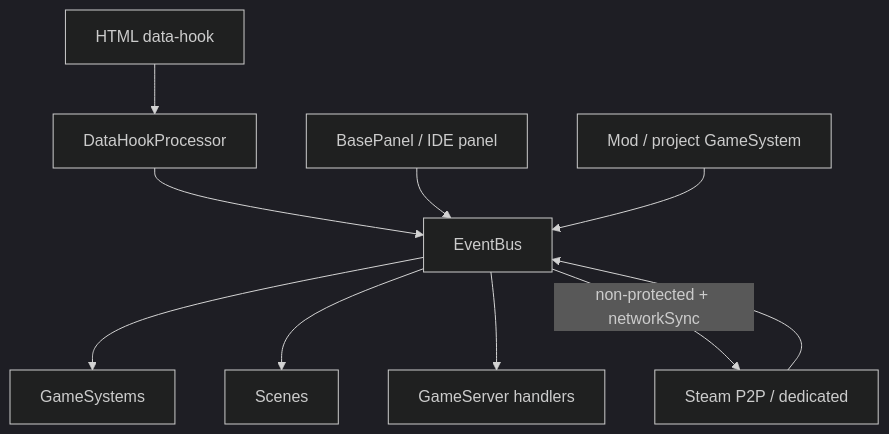
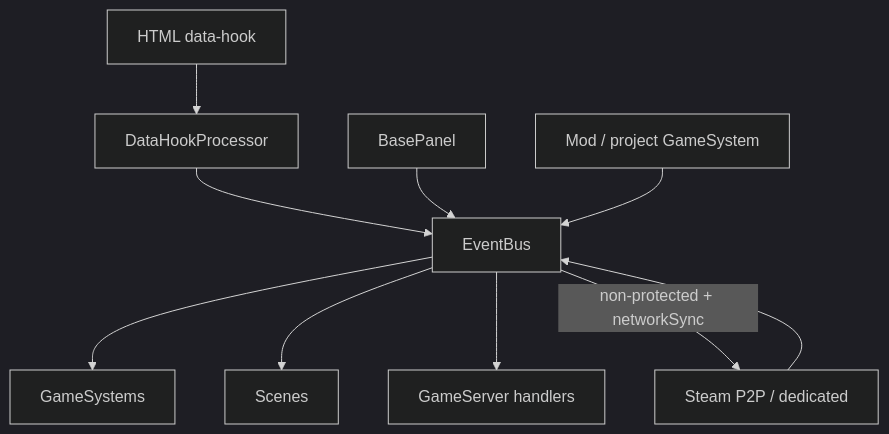
Before and after one commit to ireakhavok/Castle: the seventh of 8 diagrams in docs/ARCHITECTURE.md, drawn with Mermaid. The commit also changed other lines of this file and 6 other files, not shown here.

````diff
--- a/docs/ARCHITECTURE.md
+++ b/docs/ARCHITECTURE.md
@@ -275,13 +277,13 @@
 ```mermaid
 %%{init: {'theme':'dark'}}%%
 flowchart TD
   UI[HTML data-hook] --> Hook[DataHookProcessor]
   Hook --> EB[EventBus]
-  Panel[BasePanel / IDE panel] --> EB
+  Panel[BasePanel] --> EB
   Net[Steam P2P / dedicated] --> EB
   Mod[Mod / project GameSystem] --> EB
   EB --> Sys[GameSystems]
   EB --> Scn[Scenes]
   EB --> Srv[GameServer handlers]
-  EB -->|"non-protected + networkSync"| Net
+  EB -->|non-protected + networkSync| Net
 ```
````
